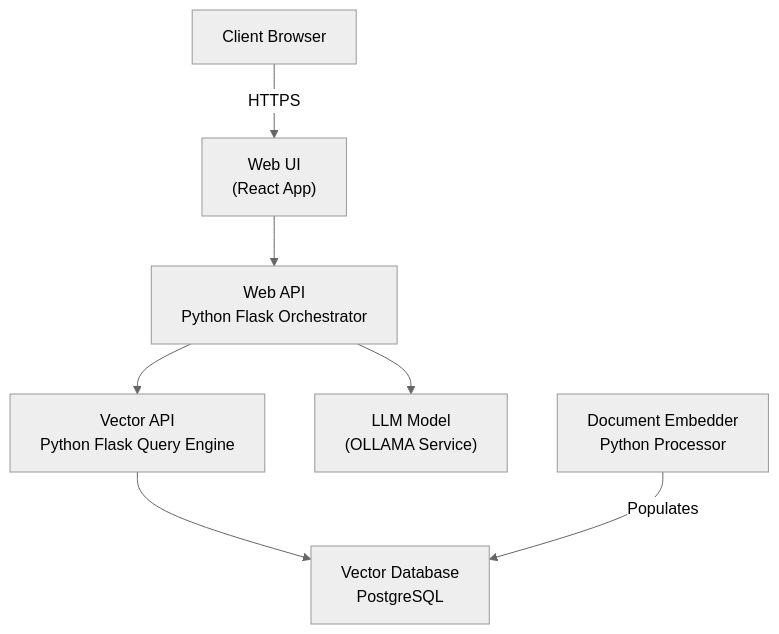
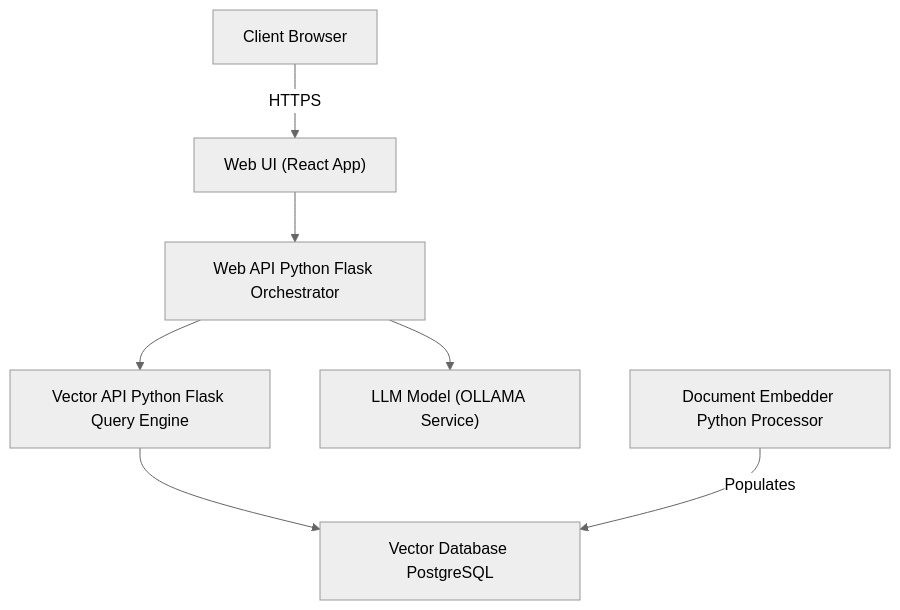
One commit to bcgov/EPIC.search changed the first of 2 diagrams in documentation/ARCHITECTURE.md. Above: the diagram before and after it, drawn with Mermaid (neutral theme). The commit also changed 2 other files, not shown here.

Commit message:
update mermaid diagrams

````diff
--- a/documentation/ARCHITECTURE.md
+++ b/documentation/ARCHITECTURE.md
@@ -9,19 +9,19 @@
 ```mermaid
 graph TB
     %% Core Application Components
-    WebUI["Web UI\n(React App)"]
-    WebAPI["Web API\nPython Flask Orchestrator"]
-    VectorAPI["Vector API\nPython Flask Query Engine"]
-    VectorDB["Vector Database\nPostgreSQL"]
-    LLM["LLM Model\n(OLLAMA Service)"]
-    Embedder["Document Embedder\nPython Processor"]
+    WebUI["Web UI (React App)"]
+    WebAPI["Web API Python Flask Orchestrator"]
+    VectorAPI["Vector API Python Flask Query Engine"]
+    VectorDB["Vector Database PostgreSQL"]
+    LLM["LLM Model (OLLAMA Service)"]
+    Embedder["Document Embedder Python Processor"]
     Client["Client Browser"]
     
     %% Core Application Flow
     Client -->|HTTPS| WebUI
     WebUI --> WebAPI
     WebAPI --> VectorAPI
     VectorAPI --> VectorDB
     WebAPI --> LLM
     Embedder -->|Populates| VectorDB
 ```
````
